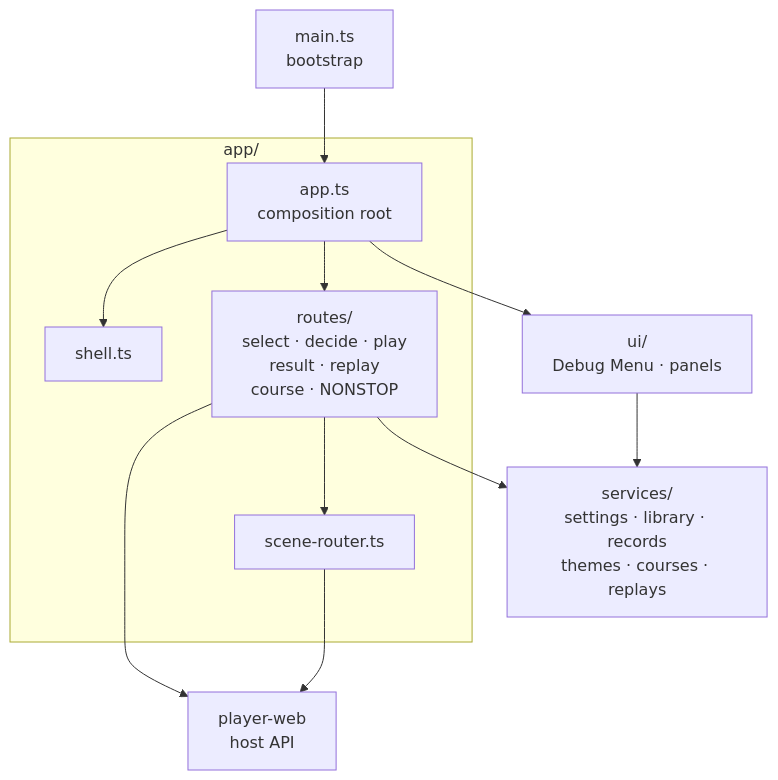
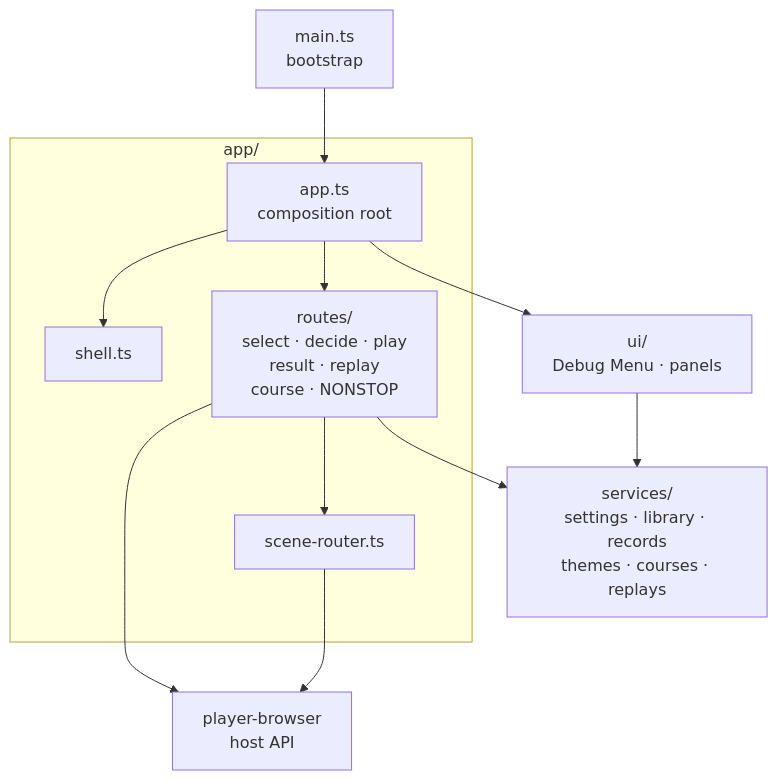
Before and after one commit to nulltask/be-music: the second of 15 diagrams in docs/player-web.md, drawn with Mermaid. The commit also changed other lines of this file and 31 other files, not shown here.

Commit message:
docs: align package labels and diagrams with renamed packages [ci skip]

````diff
--- a/docs/player-web.md
+++ b/docs/player-web.md
@@ -127,18 +127,18 @@
 ```mermaid
 flowchart TD
   main["main.ts<br/>bootstrap"] --> app
   subgraph appDir["app/"]
     app["app.ts<br/>composition root"]
     shell["shell.ts"]
     routes["routes/<br/>select · decide · play<br/>result · replay<br/>course · NONSTOP"]
     router["scene-router.ts"]
   end
   app --> shell
   app --> routes
   app --> ui["ui/<br/>Debug Menu · panels"]
   routes --> router
   routes --> services["services/<br/>settings · library · records<br/>themes · courses · replays"]
   ui --> services
-  routes --> host["player-web<br/>host API"]
+  routes --> host["player-browser<br/>host API"]
   router --> host
 ```
````
